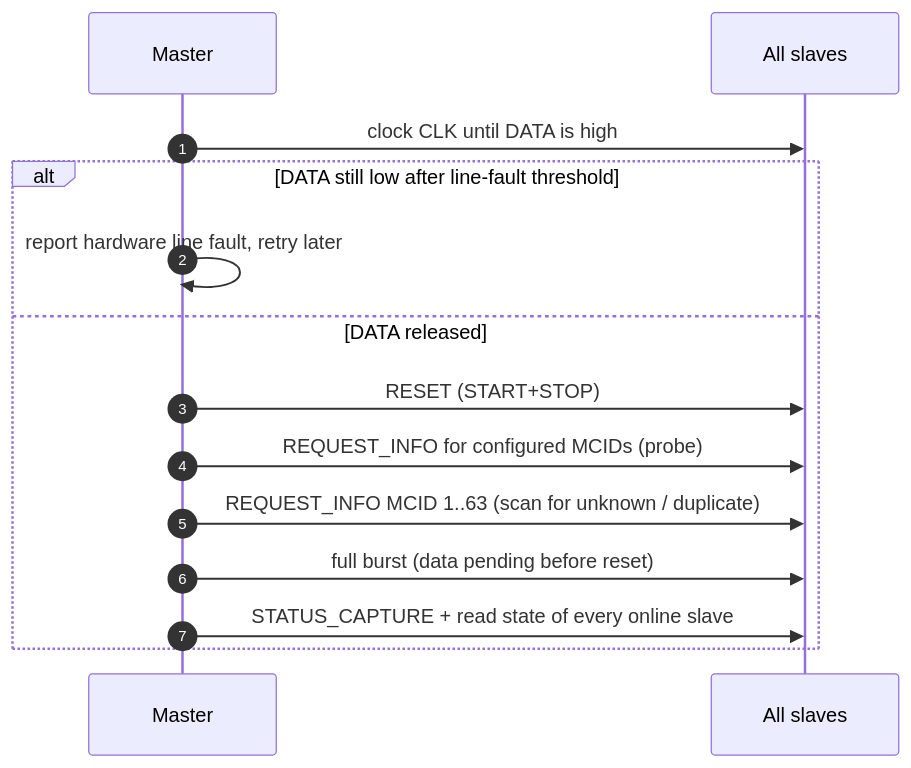
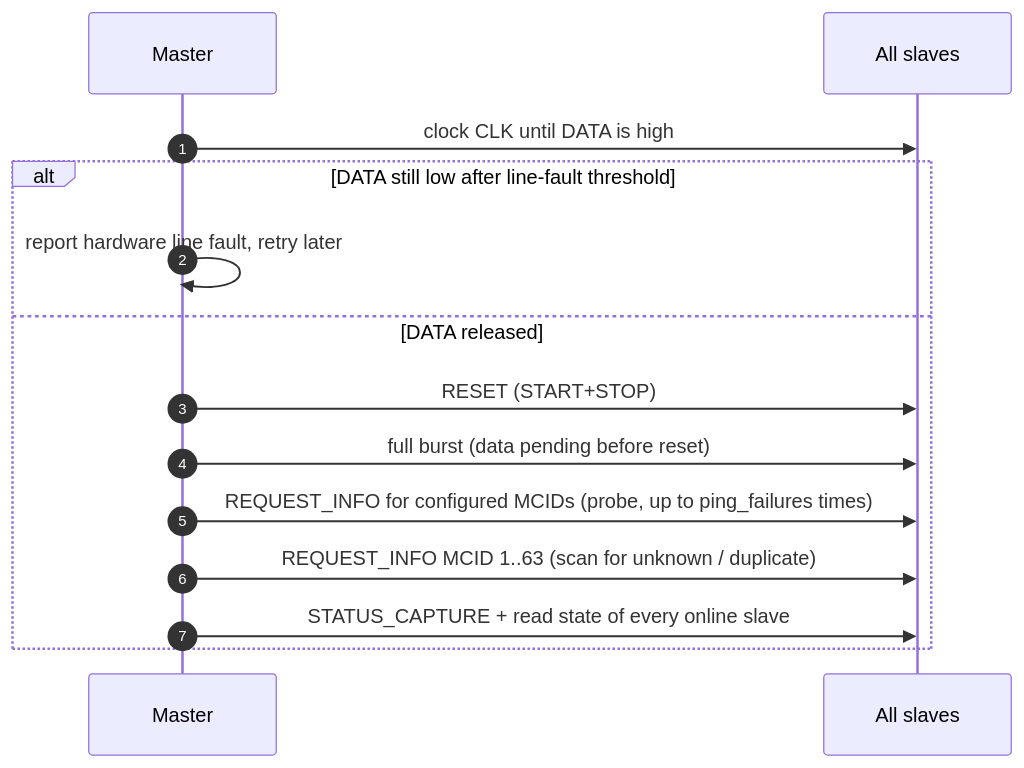
Before and after one commit to GeorgeH87/hubus: the sixth of 15 diagrams in docs/ARCHITECTURE.md, drawn with Mermaid. The commit also changed other lines of this file and 5 other files, not shown here.

````diff
--- a/docs/ARCHITECTURE.md
+++ b/docs/ARCHITECTURE.md
@@ -195,17 +195,17 @@
 ```mermaid
 sequenceDiagram
     autonumber
     participant M as Master
     participant S as All slaves
 
     M->>S: clock CLK until DATA is high
     alt DATA still low after line-fault threshold
         M->>M: report hardware line fault, retry later
     else DATA released
         M->>S: RESET (START+STOP)
-        M->>S: REQUEST_INFO for configured MCIDs (probe)
+        M->>S: full burst (data pending before reset)
+        M->>S: REQUEST_INFO for configured MCIDs (probe, up to ping_failures times)
         M->>S: REQUEST_INFO MCID 1..63 (scan for unknown / duplicate)
-        M->>S: full burst (data pending before reset)
         M->>S: STATUS_CAPTURE + read state of every online slave
     end
 ```
````
